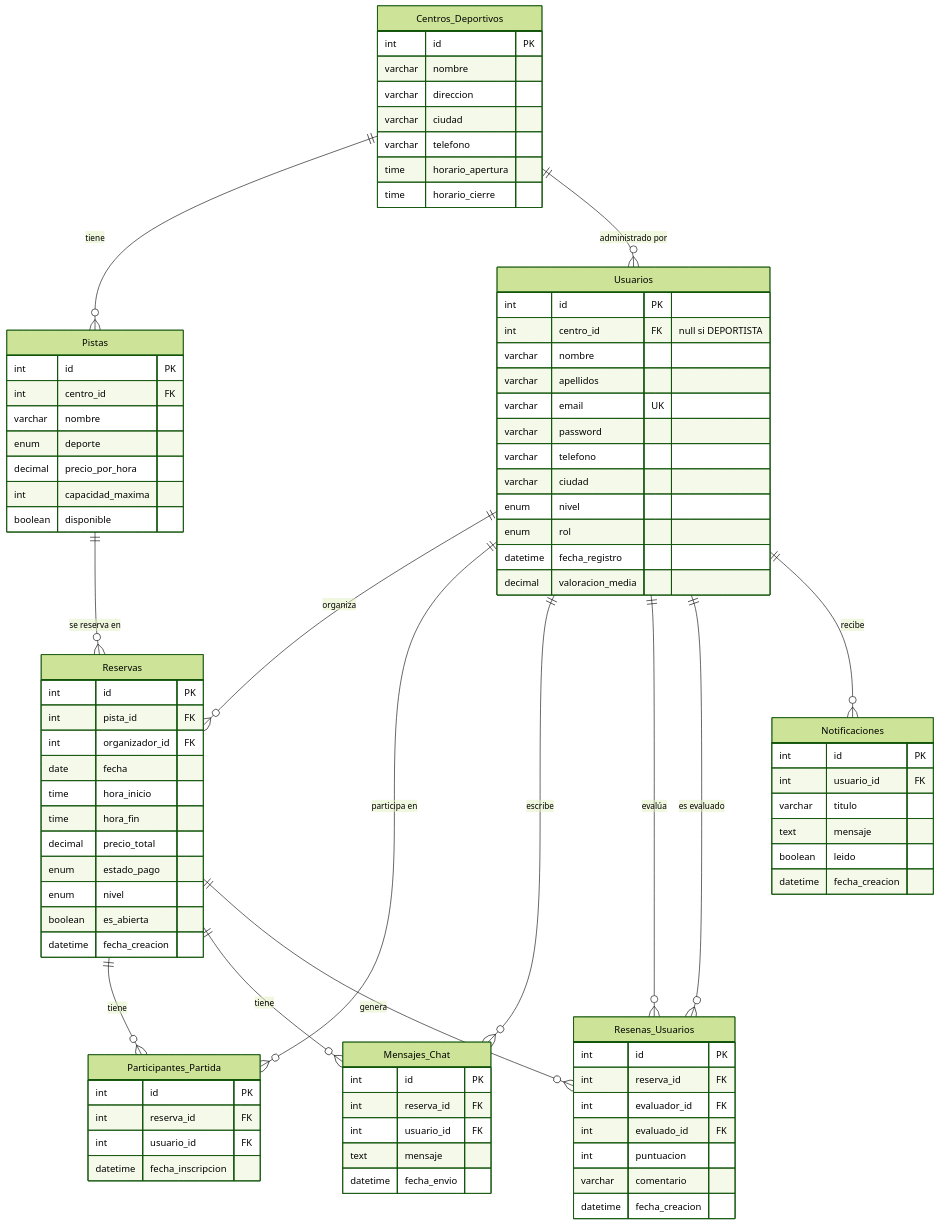
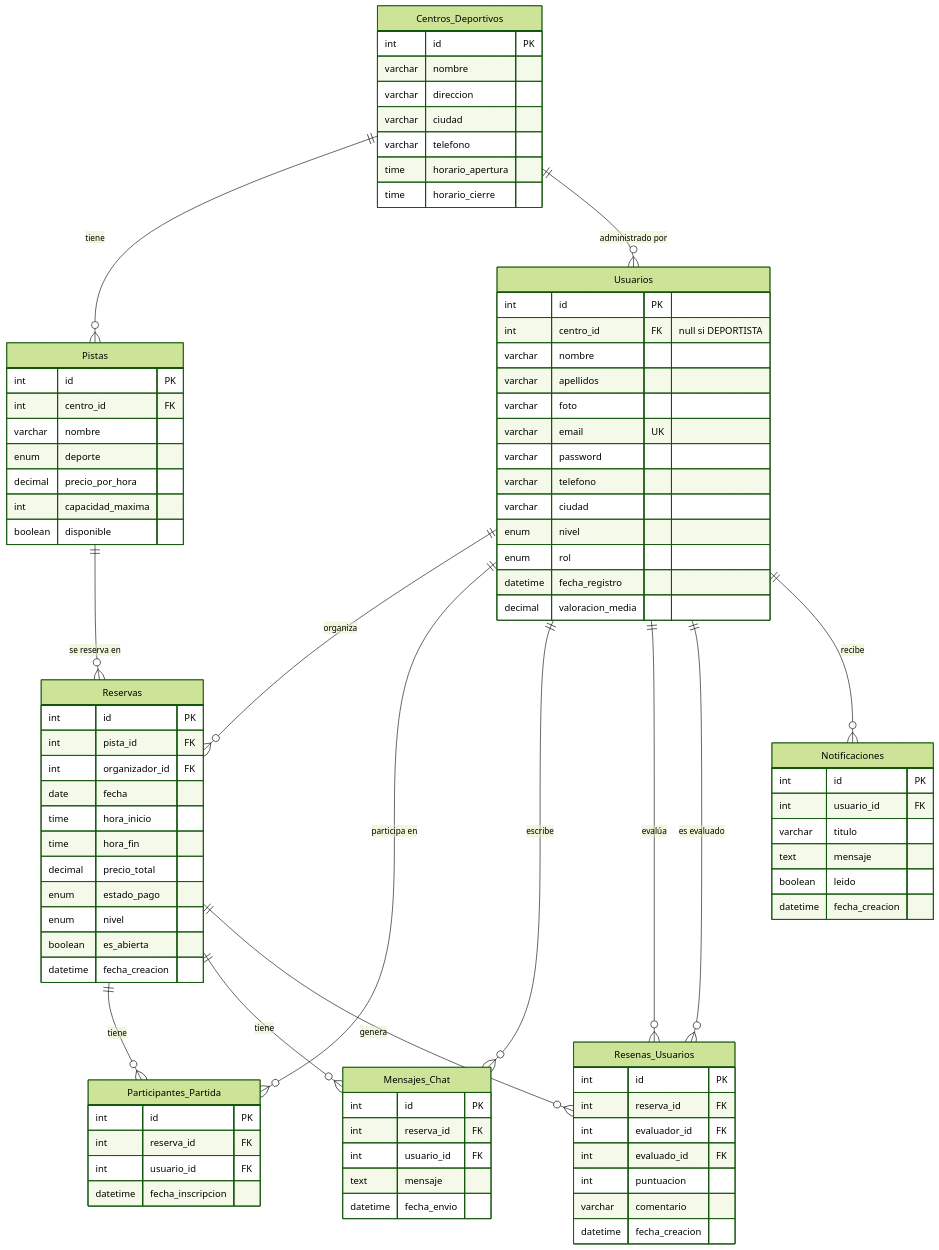
Before and after one commit to ajm68-ua/tfgReservasDeportivas: the diagram in README.md, drawn with Mermaid (forest theme).

Commit message:
Agregado campo foto en los usuarios

```diff
--- a/README.md
+++ b/README.md
@@ -22,6 +22,7 @@
         int centro_id FK "null si DEPORTISTA"
         varchar nombre
         varchar apellidos
+        varchar foto
         varchar email UK
         varchar password
         varchar telefono
```
